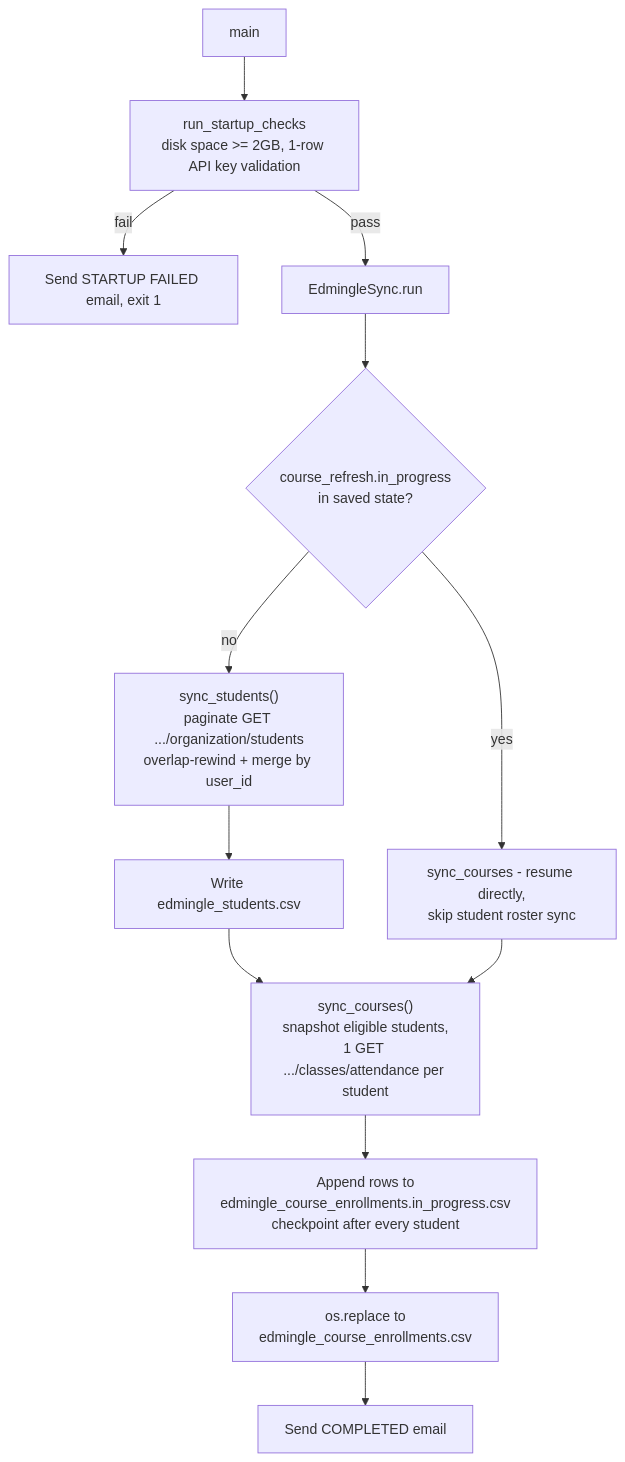
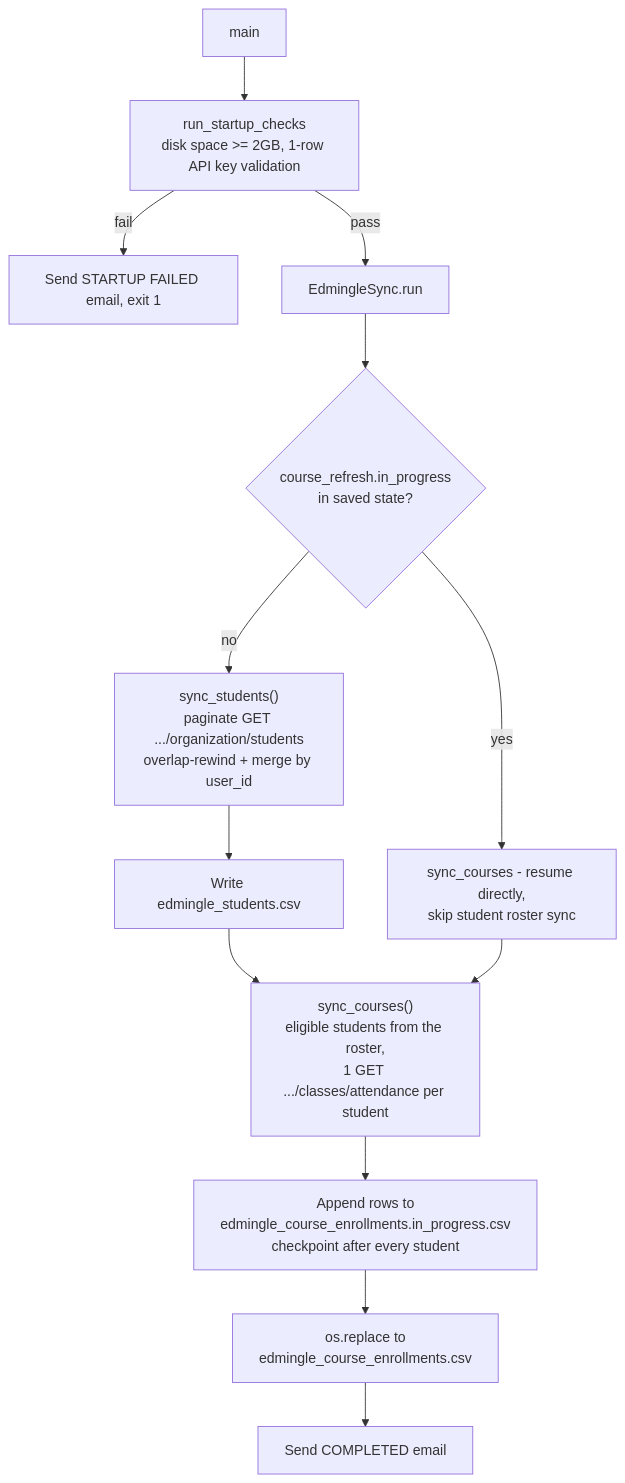
One commit to shubhamvyoma-oss/ela_datasets changed the diagram in ela_mis_datasets/ELA_MIS_DATASETS.md. Above: the diagram before and after it, drawn with Mermaid. The commit also changed other lines of this file and 1 other file, not shown here.

First line of the commit message:
ela_mis_datasets: drop the legacy migration, the student snapshot and the startup summary

````diff
--- a/ela_mis_datasets/ELA_MIS_DATASETS.md
+++ b/ela_mis_datasets/ELA_MIS_DATASETS.md
@@ -11,15 +11,15 @@
 ```mermaid
 flowchart TD
     A[main] --> B[run_startup_checks<br/>disk space >= 2GB, 1-row API key validation]
     B -->|fail| Z1[Send STARTUP FAILED email, exit 1]
     B -->|pass| C[EdmingleSync.run]
     C --> D{course_refresh.in_progress<br/>in saved state?}
     D -->|yes| E[sync_courses - resume directly,<br/>skip student roster sync]
     D -->|no| F["sync_students()<br/>paginate GET .../organization/students<br/>overlap-rewind + merge by user_id"]
     F --> G[Write edmingle_students.csv]
-    G --> H["sync_courses()<br/>snapshot eligible students,<br/>1 GET .../classes/attendance per student"]
+    G --> H["sync_courses()<br/>eligible students from the roster,<br/>1 GET .../classes/attendance per student"]
     E --> H
     H --> I["Append rows to<br/>edmingle_course_enrollments.in_progress.csv<br/>checkpoint after every student"]
     I --> J[os.replace to<br/>edmingle_course_enrollments.csv]
     J --> K[Send COMPLETED email]
 ```
````
